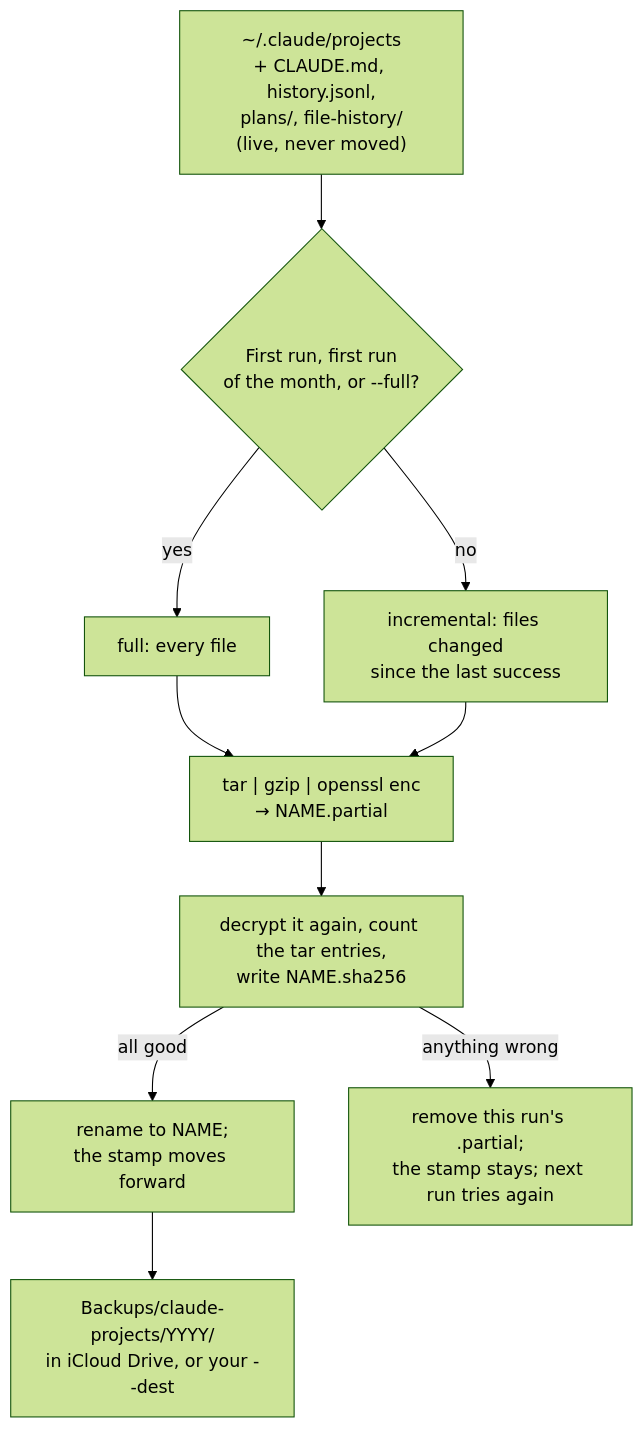
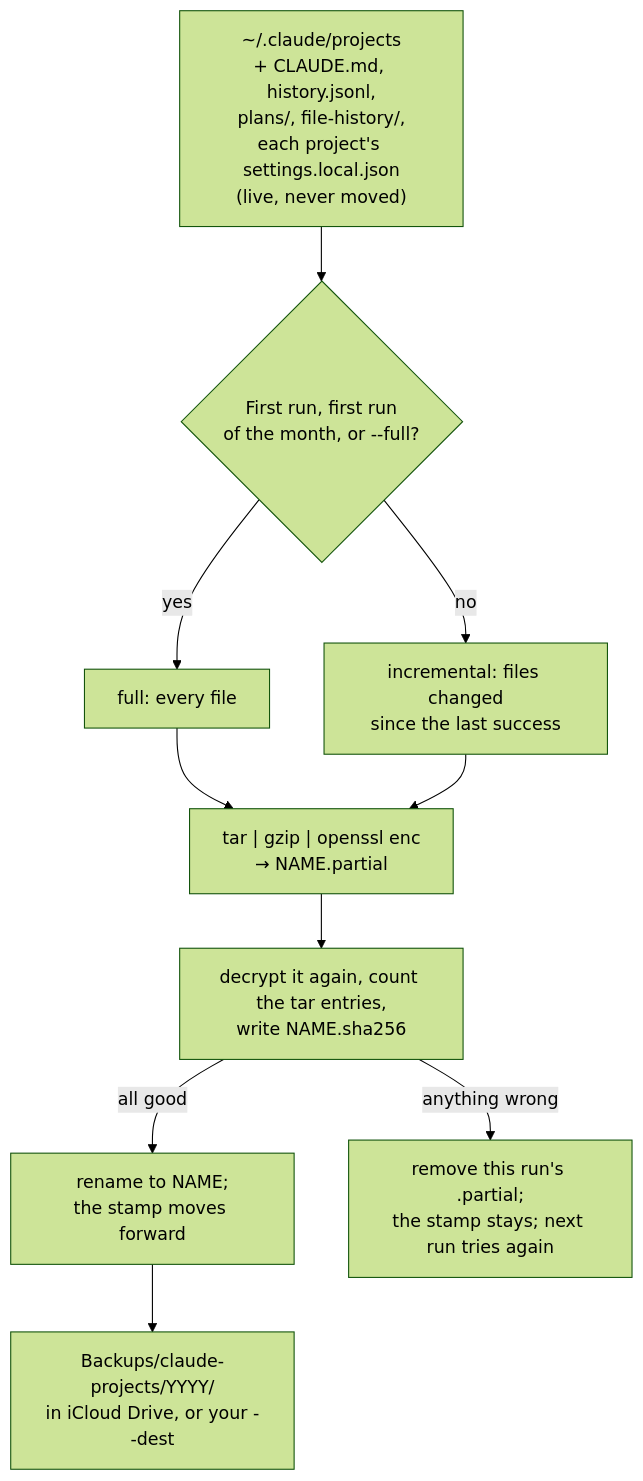
Before and after one commit to drasticstatic/my-template: the diagram in walkthroughs/CLAUDE-PROJECTS-ARCHIVE.md, drawn with Mermaid (forest theme). The commit also changed other lines of this file and 3 other files, not shown here.

First line of the commit message:
:sparkles: feat(archive): each project's settings.local.json joins the nightly chain, and --exclude for a sealed folder

````diff
--- a/walkthroughs/CLAUDE-PROJECTS-ARCHIVE.md
+++ b/walkthroughs/CLAUDE-PROJECTS-ARCHIVE.md
@@ -35,12 +35,12 @@
 ```mermaid
 flowchart TD
-  L["~/.claude/projects<br/>+ CLAUDE.md, history.jsonl,<br/>plans/, file-history/<br/>(live, never moved)"] --> Q{"First run, first run<br/>of the month, or --full?"}
+  L["~/.claude/projects<br/>+ CLAUDE.md, history.jsonl,<br/>plans/, file-history/,<br/>each project's settings.local.json<br/>(live, never moved)"] --> Q{"First run, first run<br/>of the month, or --full?"}
   Q -->|"yes"| F["full: every file"]
   Q -->|"no"| I["incremental: files changed<br/>since the last success"]
   F --> S["tar | gzip | openssl enc<br/>→ NAME.partial"]
   I --> S
   S --> V["decrypt it again, count the tar entries,<br/>write NAME.sha256"]
   V -->|"all good"| R["rename to NAME;<br/>the stamp moves forward"]
   V -->|"anything wrong"| X["remove this run's .partial;<br/>the stamp stays; next run tries again"]
   R --> D["Backups/claude-projects/YYYY/<br/>in iCloud Drive, or your --dest"]
 ```
````
